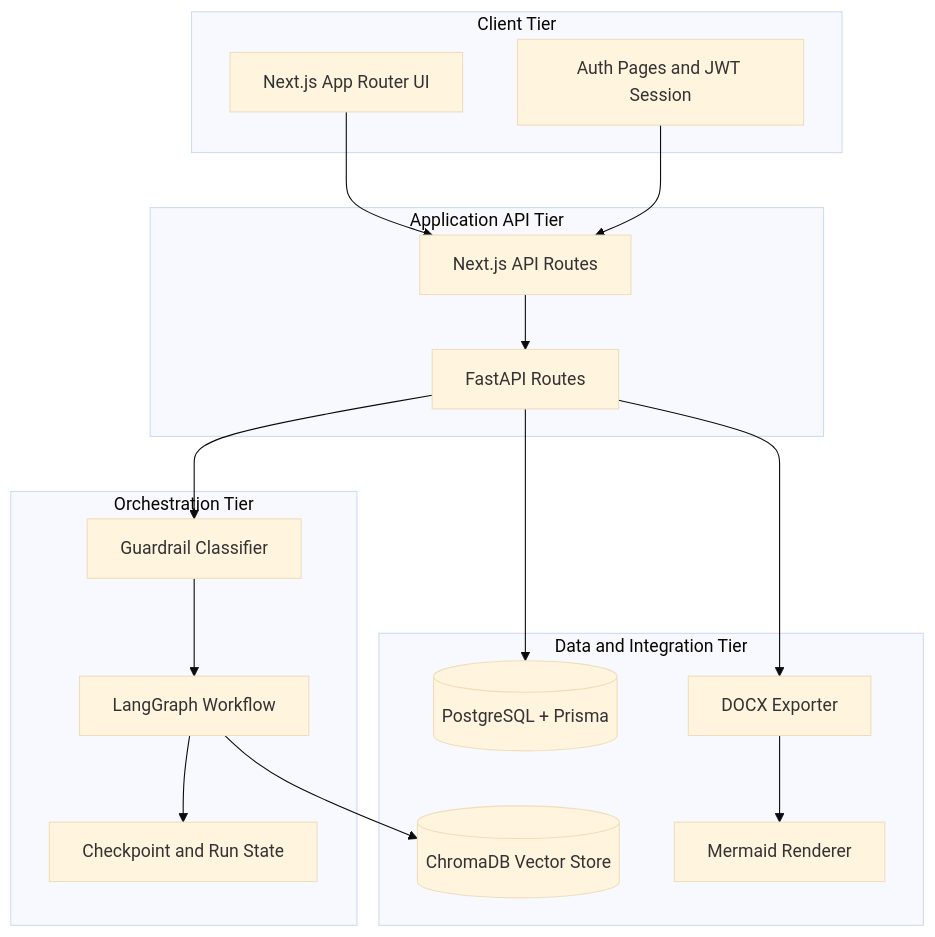
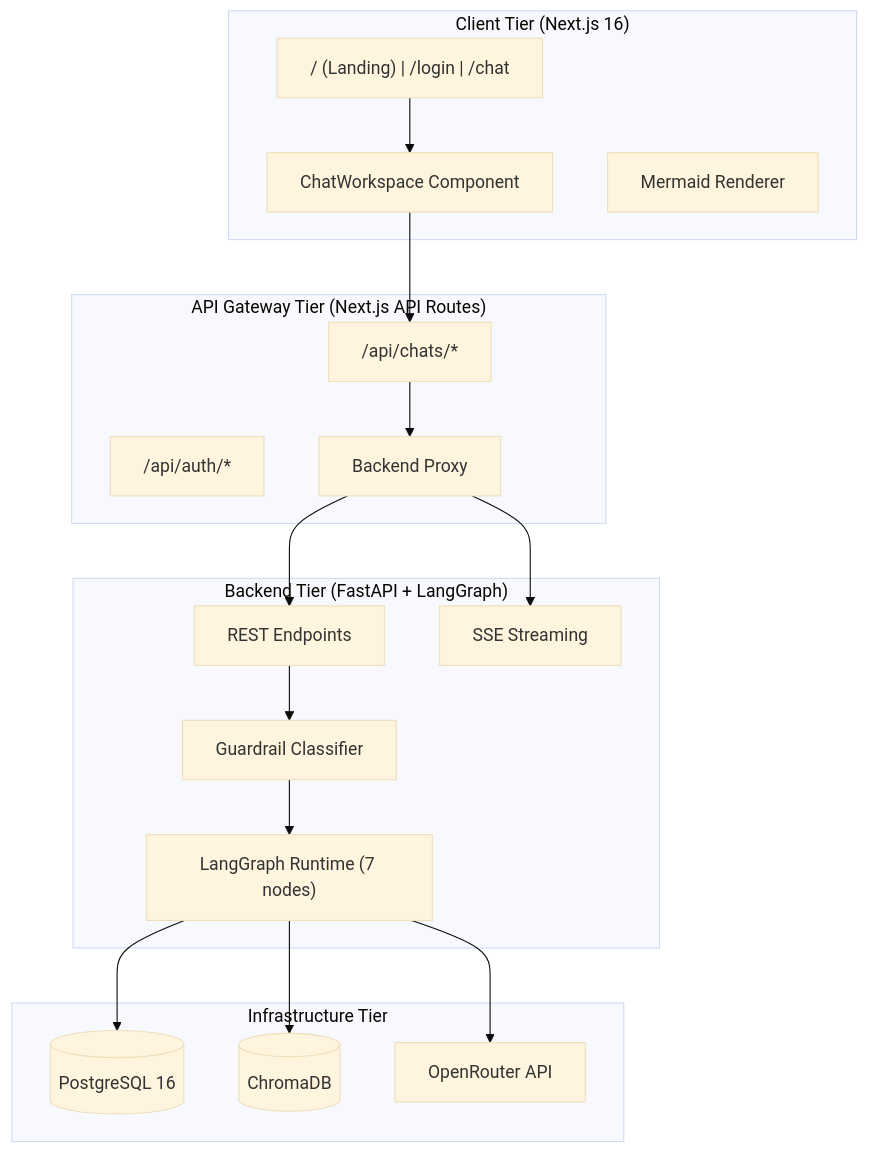
One commit to Ta1al/automated-SRS-generator changed the first of 3 diagrams in documentation/design_document.md. Above: the diagram before and after it, drawn with Mermaid (base theme). The commit also changed other lines of this file, not shown here.

````diff
--- a/documentation/design_document.md
+++ b/documentation/design_document.md
@@ -38,36 +50,35 @@
 ```mermaid
 flowchart TB
-    subgraph Client[Client Tier]
-        UI[Next.js App Router UI]
-        Auth[Auth Pages and JWT Session]
+    subgraph Client["Client Tier (Next.js 16)"]
+        Pages["/ (Landing) | /login | /chat"]
+        ChatWS["ChatWorkspace Component"]
+        Mermaid["Mermaid Renderer"]
     end
 
-    subgraph Edge[Application API Tier]
-        NAPI[Next.js API Routes]
-        BAPI[FastAPI Routes]
+    subgraph Gateway["API Gateway Tier (Next.js API Routes)"]
+        AuthRoutes["/api/auth/*"]
+        ChatRoutes["/api/chats/*"]
+        Proxy["Backend Proxy"]
     end
 
-    subgraph Core[Orchestration Tier]
-        Guard[Guardrail Classifier]
-        LG[LangGraph Workflow]
-        Check[Checkpoint and Run State]
+    subgraph Backend["Backend Tier (FastAPI + LangGraph)"]
+        REST["REST Endpoints"]
+        SSE["SSE Streaming"]
+        Guardrail["Guardrail Classifier"]
+        Graph["LangGraph Runtime (7 nodes)"]
     end
 
-    subgraph Infra[Data and Integration Tier]
-        PG[(PostgreSQL + Prisma)]
-        VS[(ChromaDB Vector Store)]
-        DOCX[DOCX Exporter]
-        MMD[Mermaid Renderer]
+    subgraph Infrastructure["Infrastructure Tier"]
+        PG[("PostgreSQL 16")]
+        Chroma[("ChromaDB")]
+        OpenRouter["OpenRouter API"]
     end
 
-    UI --> NAPI
-    Auth --> NAPI
-    NAPI --> BAPI
-    BAPI --> Guard
-    Guard --> LG
-    LG --> Check
-    LG --> VS
-    BAPI --> PG
-    BAPI --> DOCX
-    DOCX --> MMD
+    Pages --> ChatWS
+    ChatWS --> ChatRoutes
+    ChatRoutes --> Proxy
+    Proxy --> REST & SSE
+    REST --> Guardrail --> Graph
+    Graph --> PG & Chroma & OpenRouter
+
 ```
````
